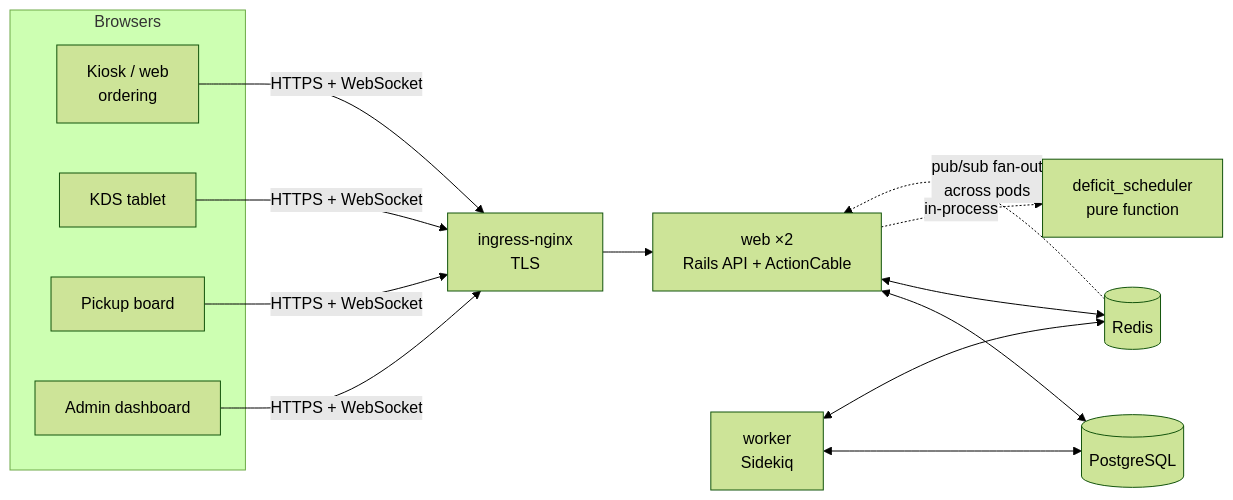
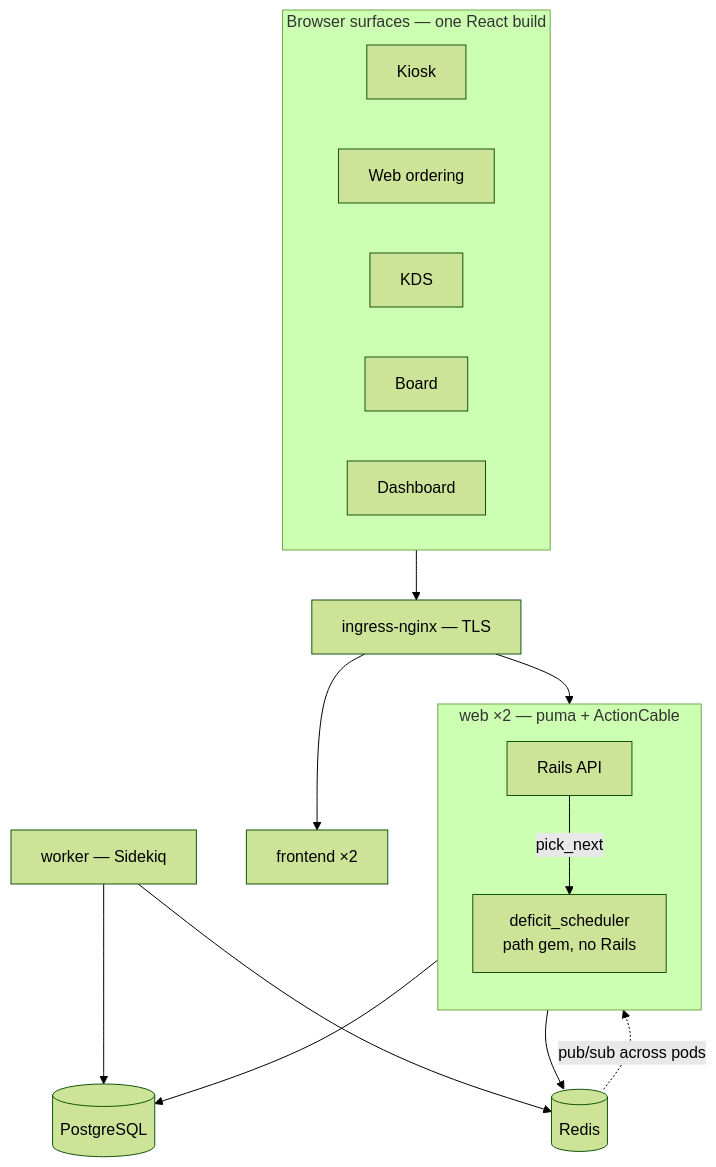
The first of 5 diagrams in README.md (tuvo1106/boba-gals), drawn with Mermaid (forest theme) before and after one commit. The commit also changed other lines of this file, not shown here.

First paragraph of the commit message:
docs: rework the topology diagram and foreground the scheduler gem
Two fixes to the README's first diagram.

````diff
--- a/README.md
+++ b/README.md
@@ -35,26 +35,34 @@
 ```mermaid
-flowchart LR
-  subgraph Browsers
-    K["Kiosk / web<br/>ordering"]
-    D["KDS tablet"]
-    B["Pickup board"]
-    A["Admin dashboard"]
+flowchart TB
+  subgraph clients["Browser surfaces — one React build"]
+    direction LR
+    K["Kiosk"]
+    O["Web ordering"]
+    D["KDS"]
+    B["Board"]
+    A["Dashboard"]
   end
 
-  IN["ingress-nginx<br/>TLS"]
-  W["web ×2<br/>Rails API + ActionCable"]
-  WK["worker<br/>Sidekiq"]
+  IN["ingress-nginx — TLS"]
+  FE["frontend ×2"]
+
+  subgraph pod["web ×2 — puma + ActionCable"]
+    direction TB
+    API["Rails API"]
+    GEM["deficit_scheduler<br/>path gem, no Rails"]
+    API -- "pick_next" --> GEM
+  end
+
+  WK["worker — Sidekiq"]
   PG[("PostgreSQL")]
   RD[("Redis")]
 
-  K & D & B & A -->|"HTTPS + WebSocket"| IN
-  IN --> W
-  W <--> PG
-  W <--> RD
-  WK <--> PG
-  WK <--> RD
-  RD -.->|"pub/sub fan-out<br/>across pods"| W
-
-  DS["deficit_scheduler<br/>pure function"]
-  W -.->|"in-process"| DS
+  clients --> IN
+  IN --> FE
+  IN --> API
+  API --> PG
+  API --> RD
+  WK --> PG
+  WK --> RD
+  RD -. "pub/sub across pods" .-> API
 ```
````
